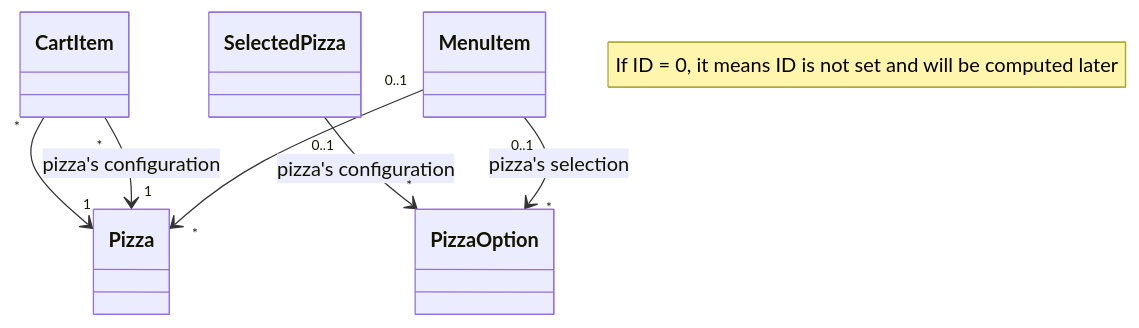
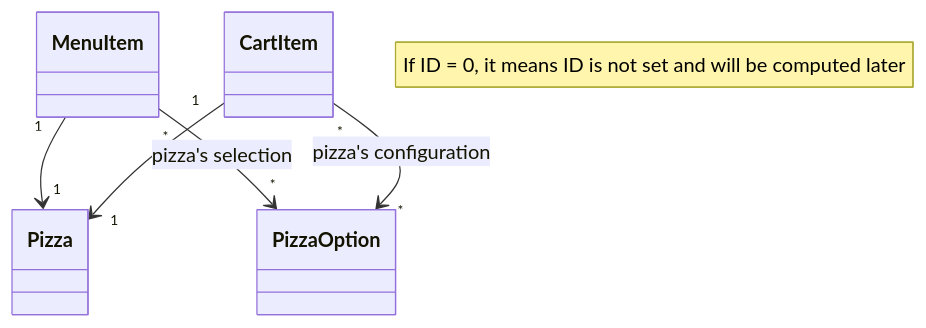
Before and after one commit to ekral/Utb.PizzaKiosk: the diagram in README.md, drawn with Mermaid.

````diff
--- a/README.md
+++ b/README.md
@@ -162,14 +162,13 @@
 ```mermaid
  classDiagram
    note "If ID = 0, it means ID is not set and will be computed later"
    %% direction LR
    class PizzaOption
    class Pizza
    class MenuItem
    class CartItem
-   MenuItem "0..1" --> "*"  Pizza
-   MenuItem "0..1" --> "*"  PizzaOption : pizza's selection
-   CartItem "*" --> "1"  Pizza : pizza's configuration
-   CartItem "*" --> "1"  Pizza
-   SelectedPizza "0..1" --> "*"  PizzaOption : pizza's configuration
+   MenuItem "1" --> "1"  Pizza
+   MenuItem "*" --> "*"  PizzaOption : pizza's selection
+   CartItem "1" --> "1"  Pizza
+   CartItem "*" --> "*"  PizzaOption : pizza's configuration
 ```
````
